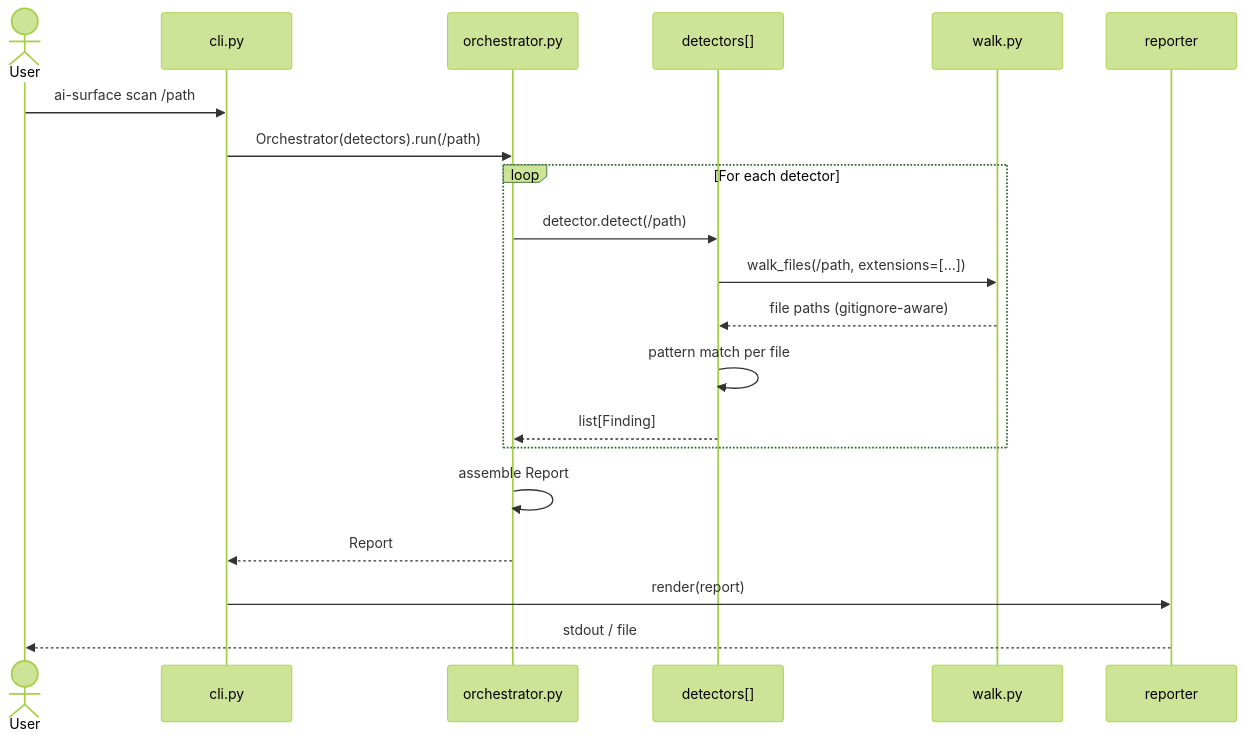
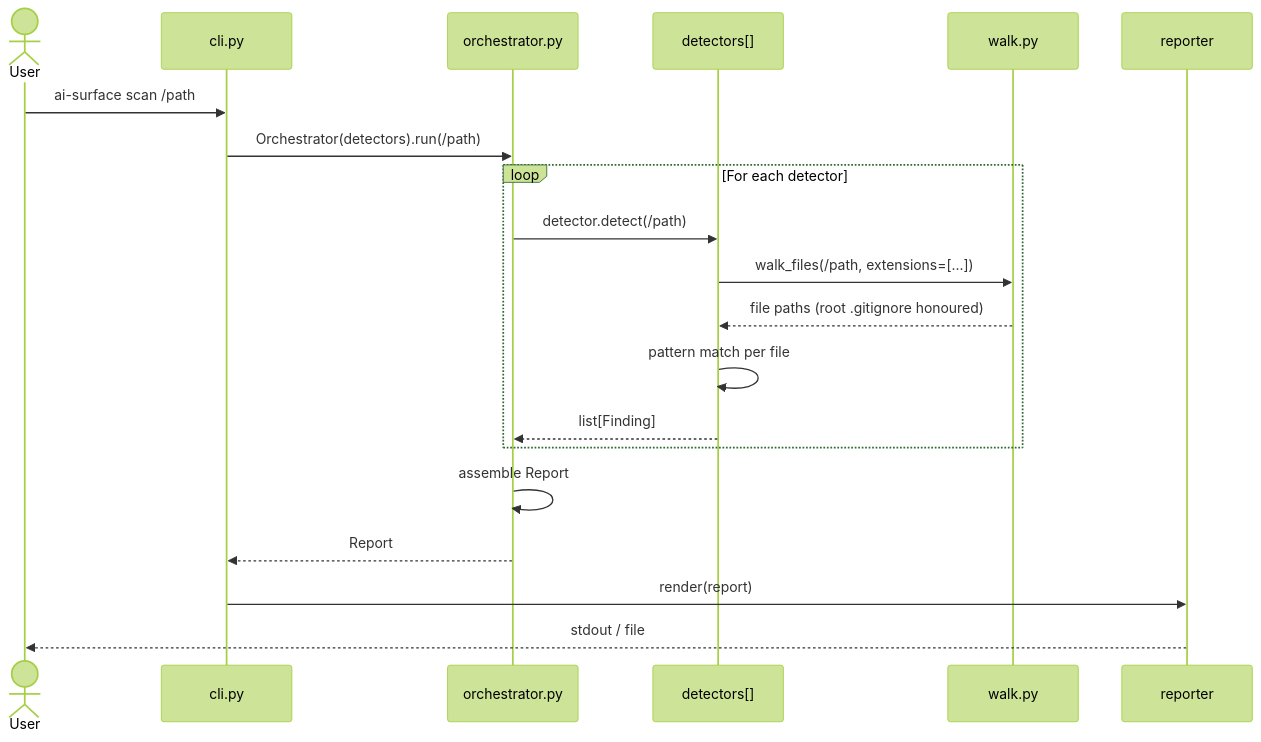
Before and after one commit to actions-marketplace-validations/apisec-inc_AI-Surface: the second of 4 diagrams in docs/ARCHITECTURE.md, drawn with Mermaid (forest theme). The commit also changed other lines of this file and 31 other files, not shown here.

````diff
--- a/docs/ARCHITECTURE.md
+++ b/docs/ARCHITECTURE.md
@@ -106,25 +106,25 @@
 ```mermaid
 sequenceDiagram
     actor User
     participant CLI as cli.py
     participant Orch as orchestrator.py
     participant Det as detectors[]
     participant Walk as walk.py
     participant Rep as reporter
 
     User->>CLI: ai-surface scan /path
     CLI->>Orch: Orchestrator(detectors).run(/path)
 
     loop For each detector
         Orch->>Det: detector.detect(/path)
         Det->>Walk: walk_files(/path, extensions=[...])
-        Walk-->>Det: file paths (gitignore-aware)
+        Walk-->>Det: file paths (root .gitignore honoured)
         Det->>Det: pattern match per file
         Det-->>Orch: list[Finding]
     end
 
     Orch->>Orch: assemble Report
     Orch-->>CLI: Report
     CLI->>Rep: render(report)
     Rep-->>User: stdout / file
 ```
````
